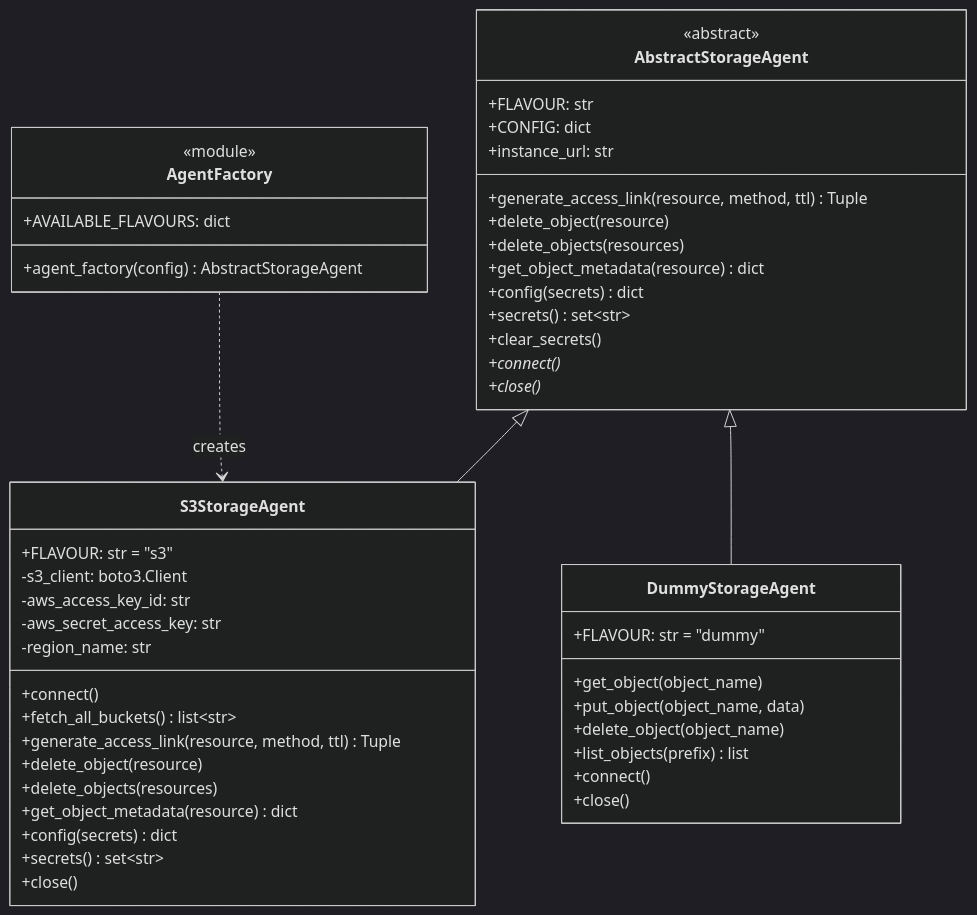
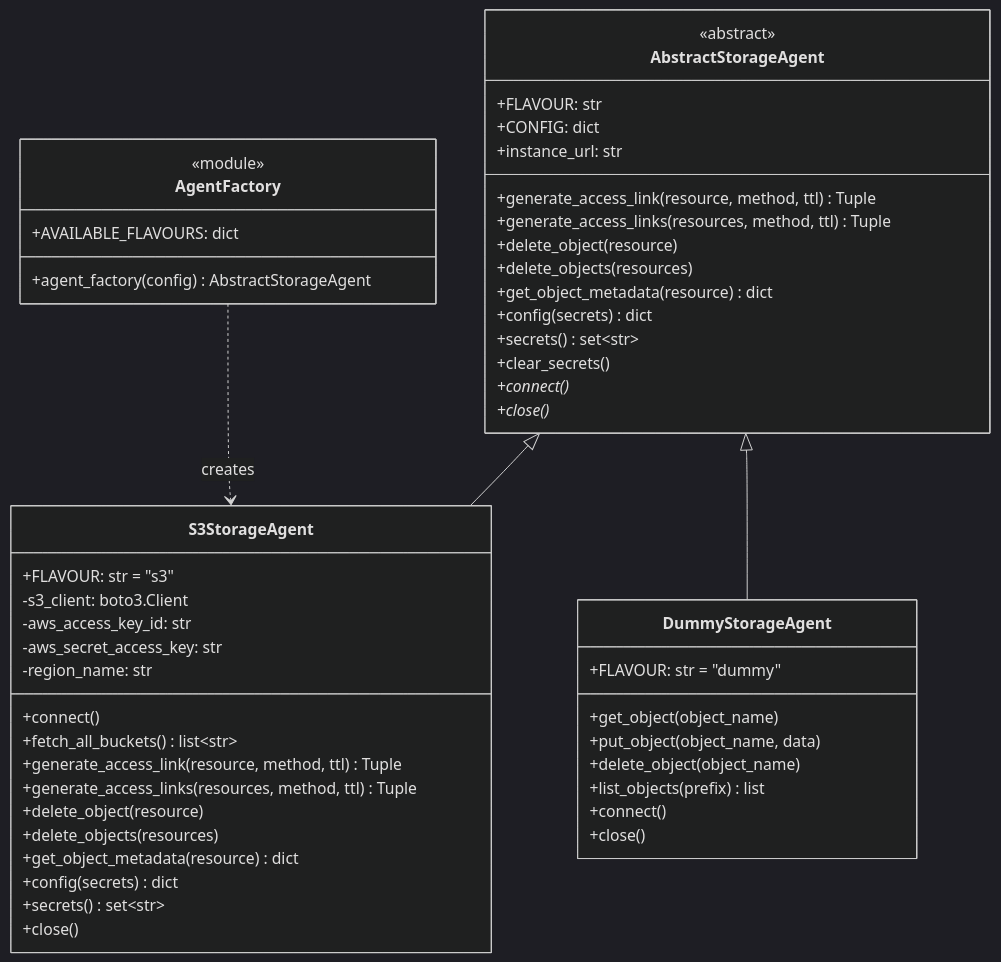
Before and after one commit to pmahon3/Data-Portal: the first of 5 diagrams in docs/diagrams/class-services.md, drawn with Mermaid (dark theme). The commit also changed 1 other file, not shown here.

Commit message:
docs(diagrams): document the bulk manifest endpoint
POST /api/tree/manifest appeared in no diagram, and the class diagram showed
only the singular generate_access_link while both the abstract agent and the
S3 agent had gained a batch variant.

Adds a sequence for the endpoint and the missing method. The sequence marks
where the batch saving actually comes from - identity and the storage instance
resolved once for the whole request, presigning local with no network call -
since that, not per-file work, is what makes one request cheaper than N over a
link with real latency.

Also records why denied files behave two different ways: a file named
explicitly in file_ids raises 403, while one reached by expanding a folder is
skipped, so a partly-readable folder still returns its readable part.

All thirteen diagrams across both files render with mermaid-cli 11.

Claude-Session: https://claude.ai/code/session_013u2xq8az9ATDVn5NC1HRaN

````diff
--- a/docs/diagrams/class-services.md
+++ b/docs/diagrams/class-services.md
@@ -11,55 +11,57 @@
 ```mermaid
 classDiagram
     class AbstractStorageAgent {
         <<abstract>>
         +FLAVOUR: str
         +CONFIG: dict
         +instance_url: str
         +generate_access_link(resource, method, ttl) Tuple
+        +generate_access_links(resources, method, ttl) Tuple
         +delete_object(resource)
         +delete_objects(resources)
         +get_object_metadata(resource) dict
         +config(secrets) dict
         +secrets() set~str~
         +clear_secrets()
         +connect() *
         +close() *
     }
 
     class S3StorageAgent {
         +FLAVOUR: str = "s3"
         -s3_client: boto3.Client
         -aws_access_key_id: str
         -aws_secret_access_key: str
         -region_name: str
         +connect()
         +fetch_all_buckets() list~str~
         +generate_access_link(resource, method, ttl) Tuple
+        +generate_access_links(resources, method, ttl) Tuple
         +delete_object(resource)
         +delete_objects(resources)
         +get_object_metadata(resource) dict
         +config(secrets) dict
         +secrets() set~str~
         +close()
     }
 
     class DummyStorageAgent {
         +FLAVOUR: str = "dummy"
         +get_object(object_name)
         +put_object(object_name, data)
         +delete_object(object_name)
         +list_objects(prefix) list
         +connect()
         +close()
     }
 
     class AgentFactory {
         <<module>>
         +AVAILABLE_FLAVOURS: dict
         +agent_factory(config) AbstractStorageAgent
     }
 
     AbstractStorageAgent <|-- S3StorageAgent
     AbstractStorageAgent <|-- DummyStorageAgent
     AgentFactory ..> S3StorageAgent : creates
 ```
````
